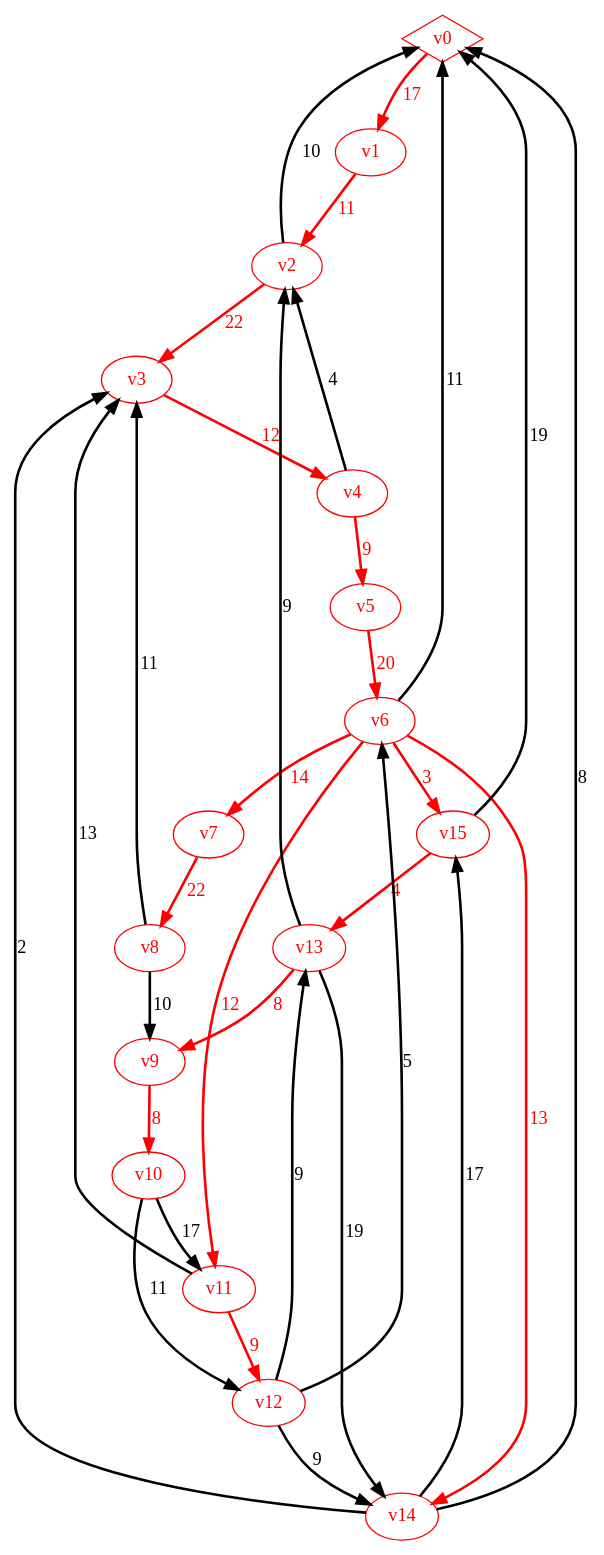
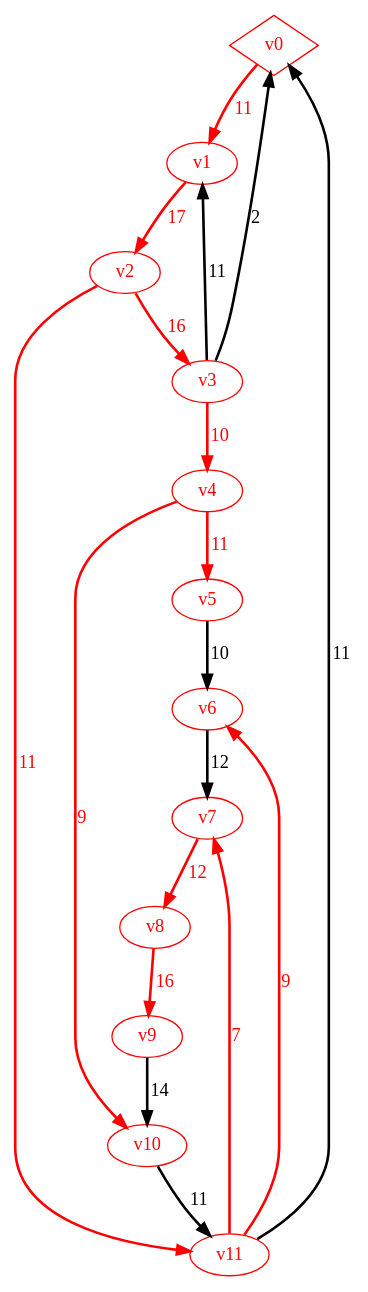
The diagram in Experiment/Dijkstra/Dijkstra.gv (zpointS/DataStructure-Algorithm), drawn with Graphviz before and after one commit. The commit also changed 78 other files, not shown here.

```diff
--- a/Experiment/Dijkstra/Dijkstra.gv
+++ b/Experiment/Dijkstra/Dijkstra.gv
@@ -1,66 +1,45 @@
 digraph Dijkstra {
 node [shape=ellipse];
+size="20,20";
 v0[shape=diamond,color=red,fontcolor=red];
-v0[fontcolor=red,color=red];
-v1[fontcolor=red,color=red];
-v0->v1[style=bold,label=17,fontcolor=red,color=red];
-v1[fontcolor=red,color=red];
-v2[fontcolor=red,color=red];
-v1->v2[style=bold,label=11,fontcolor=red,color=red];
-v2->v0[style=bold,label=10];
-v2[fontcolor=red,color=red];
-v3[fontcolor=red,color=red];
-v2->v3[style=bold,label=22,fontcolor=red,color=red];
-v3[fontcolor=red,color=red];
-v4[fontcolor=red,color=red];
-v3->v4[style=bold,label=12,fontcolor=red,color=red];
-v4->v2[style=bold,label=4];
-v4[fontcolor=red,color=red];
-v5[fontcolor=red,color=red];
-v4->v5[style=bold,label=9,fontcolor=red,color=red];
-v5[fontcolor=red,color=red];
-v6[fontcolor=red,color=red];
-v5->v6[style=bold,label=20,fontcolor=red,color=red];
-v6->v0[style=bold,label=11];
-v6[fontcolor=red,color=red];
-v7[fontcolor=red,color=red];
-v6->v7[style=bold,label=14,fontcolor=red,color=red];
-v6[fontcolor=red,color=red];
-v11[fontcolor=red,color=red];
-v6->v11[style=bold,label=12,fontcolor=red,color=red];
-v6[fontcolor=red,color=red];
-v14[fontcolor=red,color=red];
-v6->v14[style=bold,label=13,fontcolor=red,color=red];
-v6[fontcolor=red,color=red];
-v15[fontcolor=red,color=red];
-v6->v15[style=bold,label=3,fontcolor=red,color=red];
-v7[fontcolor=red,color=red];
-v8[fontcolor=red,color=red];
-v7->v8[style=bold,label=22,fontcolor=red,color=red];
-v8->v3[style=bold,label=11];
-v8->v9[style=bold,label=10];
-v9[fontcolor=red,color=red];
-v10[fontcolor=red,color=red];
-v9->v10[style=bold,label=8,fontcolor=red,color=red];
-v10->v11[style=bold,label=17];
-v10->v12[style=bold,label=11];
-v11->v3[style=bold,label=13];
-v11[fontcolor=red,color=red];
-v12[fontcolor=red,color=red];
-v11->v12[style=bold,label=9,fontcolor=red,color=red];
-v12->v6[style=bold,label=5];
-v12->v13[style=bold,label=9];
-v12->v14[style=bold,label=9];
-v13->v2[style=bold,label=9];
-v13[fontcolor=red,color=red];
-v9[fontcolor=red,color=red];
-v13->v9[style=bold,label=8,fontcolor=red,color=red];
-v13->v14[style=bold,label=19];
-v14->v0[style=bold,label=8];
-v14->v3[style=bold,label=2];
-v14->v15[style=bold,label=17];
-v15->v0[style=bold,label=19];
-v15[fontcolor=red,color=red];
-v13[fontcolor=red,color=red];
-v15->v13[style=bold,label=4,fontcolor=red,color=red];
+v0[fontcolor=red,color=red,height=.1];
+v1[fontcolor=red,color=red,height=.1];
+v0->v1[style=bold,label=11,fontcolor=red,color=red];
+v1[fontcolor=red,color=red,height=.1];
+v2[fontcolor=red,color=red,height=.1];
+v1->v2[style=bold,label=17,fontcolor=red,color=red];
+v2[fontcolor=red,color=red,height=.1];
+v3[fontcolor=red,color=red,height=.1];
+v2->v3[style=bold,label=16,fontcolor=red,color=red];
+v2[fontcolor=red,color=red,height=.1];
+v11[fontcolor=red,color=red,height=.1];
+v2->v11[style=bold,label=11,fontcolor=red,color=red];
+v3->v0[style=bold,label=2];
+v3->v1[style=bold,label=11];
+v3[fontcolor=red,color=red,height=.1];
+v4[fontcolor=red,color=red,height=.1];
+v3->v4[style=bold,label=10,fontcolor=red,color=red];
+v4[fontcolor=red,color=red,height=.1];
+v5[fontcolor=red,color=red,height=.1];
+v4->v5[style=bold,label=11,fontcolor=red,color=red];
+v4[fontcolor=red,color=red,height=.1];
+v10[fontcolor=red,color=red,height=.1];
+v4->v10[style=bold,label=9,fontcolor=red,color=red];
+v5->v6[style=bold,label=10];
+v6->v7[style=bold,label=12];
+v7[fontcolor=red,color=red,height=.1];
+v8[fontcolor=red,color=red,height=.1];
+v7->v8[style=bold,label=12,fontcolor=red,color=red];
+v8[fontcolor=red,color=red,height=.1];
+v9[fontcolor=red,color=red,height=.1];
+v8->v9[style=bold,label=16,fontcolor=red,color=red];
+v9->v10[style=bold,label=14];
+v10->v11[style=bold,label=11];
+v11->v0[style=bold,label=11];
+v11[fontcolor=red,color=red,height=.1];
+v6[fontcolor=red,color=red,height=.1];
+v11->v6[style=bold,label=9,fontcolor=red,color=red];
+v11[fontcolor=red,color=red,height=.1];
+v7[fontcolor=red,color=red,height=.1];
+v11->v7[style=bold,label=7,fontcolor=red,color=red];
 }
```
